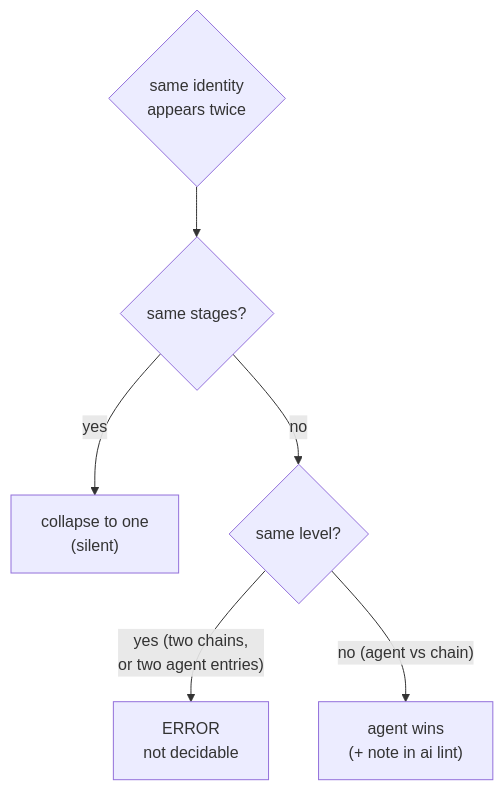
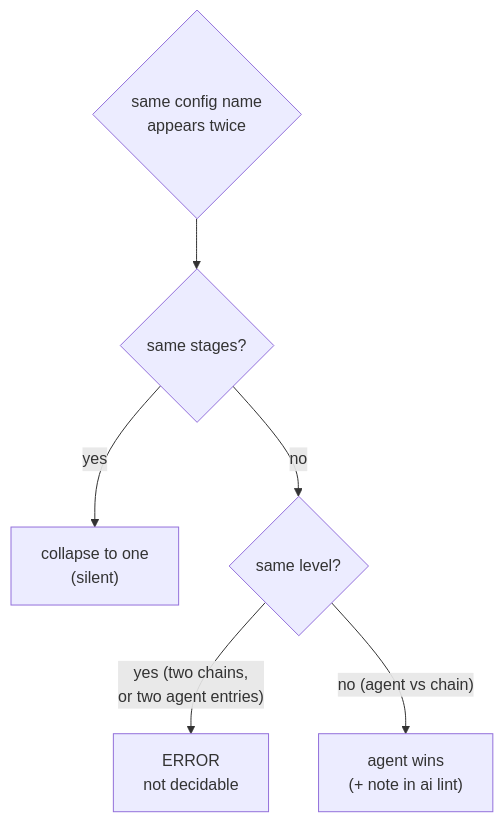
One commit to tokeo/fundi changed the second of 3 diagrams in tokeo/core/ai/config/CONFIG.md. Above: the diagram before and after it, drawn with Mermaid. The commit also changed other lines of this file and 23 other files, not shown here.

````diff
--- a/tokeo/core/ai/config/CONFIG.md
+++ b/tokeo/core/ai/config/CONFIG.md
@@ -229,8 +229,8 @@
 ```mermaid
 flowchart TD
-    Q{"same identity<br/>appears twice"} --> Same{"same stages?"}
+    Q{"same config name<br/>appears twice"} --> Same{"same stages?"}
     Same -->|yes| Collapse["collapse to one<br/>(silent)"]
     Same -->|no| Level{"same level?"}
     Level -->|"yes (two chains,<br/>or two agent entries)"| Err["ERROR<br/>not decidable"]
     Level -->|"no (agent vs chain)"| Win["agent wins<br/>(+ note in ai lint)"]
 ```
````
